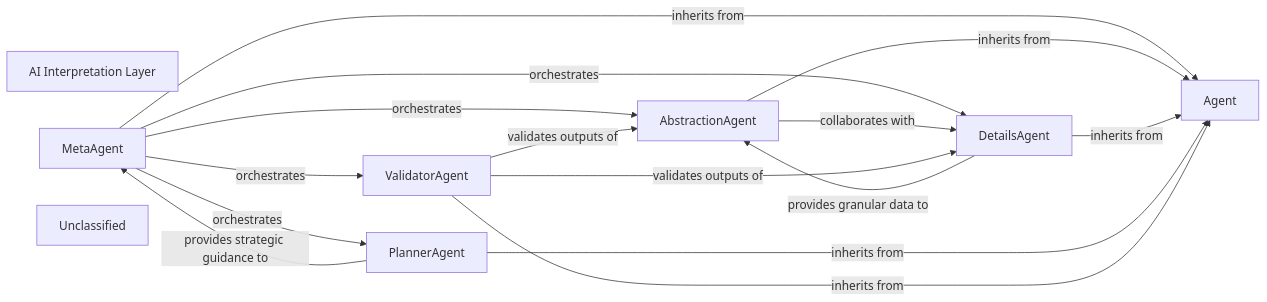
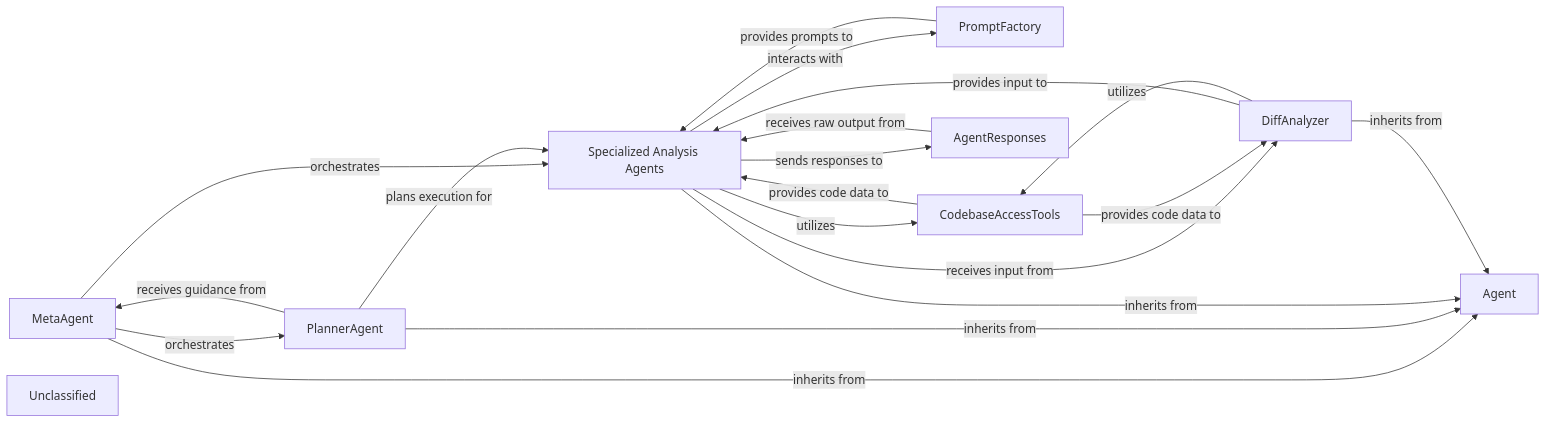
The diagram in .codeboarding/AI_Interpretation_Layer.md (CodeBoarding/CodeBoarding), drawn with Mermaid before and after one commit. The commit also changed other lines of this file and 17 other files, not shown here.

First line of the commit message:
docs: update codeboarding documentation and generate architecture

````diff
--- a/.codeboarding/AI_Interpretation_Layer.md
+++ b/.codeboarding/AI_Interpretation_Layer.md
@@ -1,26 +1,30 @@
 ```mermaid
 graph LR
-    AI_Interpretation_Layer["AI Interpretation Layer"]
     Agent["Agent"]
     MetaAgent["MetaAgent"]
-    AbstractionAgent["AbstractionAgent"]
-    DetailsAgent["DetailsAgent"]
     PlannerAgent["PlannerAgent"]
-    ValidatorAgent["ValidatorAgent"]
+    Specialized_Analysis_Agents["Specialized Analysis Agents"]
+    DiffAnalyzer["DiffAnalyzer"]
+    PromptFactory["PromptFactory"]
+    CodebaseAccessTools["CodebaseAccessTools"]
+    AgentResponses["AgentResponses"]
     Unclassified["Unclassified"]
+    MetaAgent -- "orchestrates" --> PlannerAgent
+    MetaAgent -- "orchestrates" --> Specialized_Analysis_Agents
+    PlannerAgent -- "plans execution for" --> Specialized_Analysis_Agents
+    PlannerAgent -- "receives guidance from" --> MetaAgent
+    Specialized_Analysis_Agents -- "utilizes" --> CodebaseAccessTools
+    Specialized_Analysis_Agents -- "interacts with" --> PromptFactory
+    Specialized_Analysis_Agents -- "sends responses to" --> AgentResponses
+    Specialized_Analysis_Agents -- "receives input from" --> DiffAnalyzer
+    DiffAnalyzer -- "provides input to" --> Specialized_Analysis_Agents
+    DiffAnalyzer -- "utilizes" --> CodebaseAccessTools
+    PromptFactory -- "provides prompts to" --> Specialized_Analysis_Agents
+    CodebaseAccessTools -- "provides code data to" --> Specialized_Analysis_Agents
+    CodebaseAccessTools -- "provides code data to" --> DiffAnalyzer
+    AgentResponses -- "receives raw output from" --> Specialized_Analysis_Agents
     MetaAgent -- "inherits from" --> Agent
-    AbstractionAgent -- "inherits from" --> Agent
-    DetailsAgent -- "inherits from" --> Agent
     PlannerAgent -- "inherits from" --> Agent
-    ValidatorAgent -- "inherits from" --> Agent
-    MetaAgent -- "orchestrates" --> AbstractionAgent
-    MetaAgent -- "orchestrates" --> DetailsAgent
-    MetaAgent -- "orchestrates" --> PlannerAgent
-    MetaAgent -- "orchestrates" --> ValidatorAgent
-    AbstractionAgent -- "collaborates with" --> DetailsAgent
-    DetailsAgent -- "provides granular data to" --> AbstractionAgent
-    PlannerAgent -- "provides strategic guidance to" --> MetaAgent
-    ValidatorAgent -- "validates outputs of" --> AbstractionAgent
-    ValidatorAgent -- "validates outputs of" --> DetailsAgent
-    click AI_Interpretation_Layer href "https://github.com/CodeBoarding/CodeBoarding/blob/main/.codeboarding/AI_Interpretation_Layer.md" "Details"
+    Specialized_Analysis_Agents -- "inherits from" --> Agent
+    DiffAnalyzer -- "inherits from" --> Agent
 ```
````
